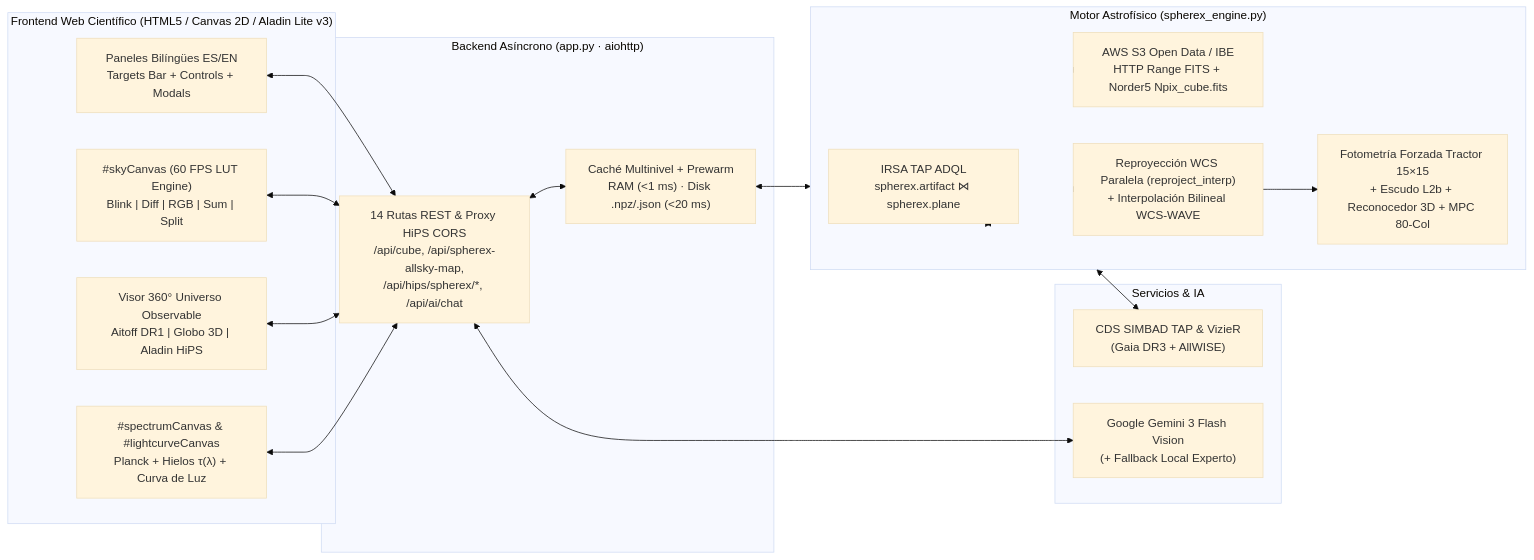
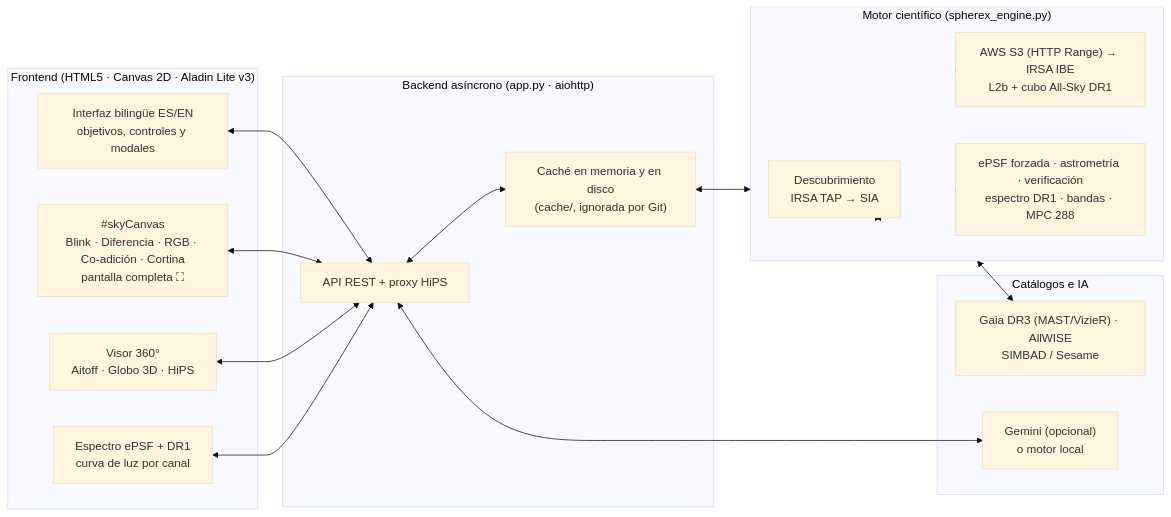
One commit to AleMigMR/NASA-SPACE-APPS-SPHEREX-ZULIA changed the diagram in README.md. Above: the diagram before and after it, drawn with Mermaid (base theme). The commit also changed other lines of this file and 5 other files, not shown here.

````diff
--- a/README.md
+++ b/README.md
@@ -34,38 +93,37 @@
 ```mermaid
 flowchart LR
-    subgraph Client["Frontend Web Científico (HTML5 / Canvas 2D / Aladin Lite v3)"]
-        UI["Paneles Bilíngües ES/EN<br/>Targets Bar + Controls + Modals"]
-        Canvas["#skyCanvas (60 FPS LUT Engine)<br/>Blink | Diff | RGB | Sum | Split"]
-        Universe["Visor 360° Universo Observable<br/>Aitoff DR1 | Globo 3D | Aladin HiPS"]
-        Spec["#spectrumCanvas &amp; #lightcurveCanvas<br/>Planck + Hielos τ(λ) + Curva de Luz"]
+    subgraph Client["Frontend (HTML5 · Canvas 2D · Aladin Lite v3)"]
+        UI["Interfaz bilingüe ES/EN<br/>objetivos, controles y modales"]
+        Canvas["#skyCanvas<br/>Blink · Diferencia · RGB · Co-adición · Cortina<br/>pantalla completa ⛶"]
+        Universe["Visor 360°<br/>Aitoff · Globo 3D · HiPS"]
+        Spec["Espectro ePSF + DR1<br/>curva de luz por canal"]
     end
 
-    subgraph Server["Backend Asíncrono (app.py · aiohttp)"]
-        API["14 Rutas REST &amp; Proxy HiPS CORS<br/>/api/cube, /api/spherex-allsky-map,<br/>/api/hips/spherex/*, /api/ai/chat"]
-        Cache["Caché Multinivel + Prewarm<br/>RAM (&lt;1 ms) · Disk .npz/.json (&lt;20 ms)"]
+    subgraph Server["Backend asíncrono (app.py · aiohttp)"]
+        API["API REST + proxy HiPS"]
+        Cache["Caché en memoria y en disco<br/>(cache/, ignorada por Git)"]
     end
 
-    subgraph Engine["Motor Astrofísico (spherex_engine.py)"]
-        TAP["IRSA TAP ADQL<br/>spherex.artifact ⋈ spherex.plane"]
-        S3["AWS S3 Open Data / IBE<br/>HTTP Range FITS + Norder5 Npix_cube.fits"]
-        WCS["Reproyección WCS Paralela (reproject_interp)<br/>+ Interpolación Bilineal WCS-WAVE"]
-        Phot["Fotometría Forzada Tractor 15×15<br/>+ Escudo L2b + Reconocedor 3D + MPC 80-Col"]
+    subgraph Engine["Motor científico (spherex_engine.py)"]
+        Disc["Descubrimiento<br/>IRSA TAP → SIA"]
+        S3["AWS S3 (HTTP Range) → IRSA IBE<br/>L2b + cubo All-Sky DR1"]
+        Phot["ePSF forzada · astrometría · verificación<br/>espectro DR1 · bandas · MPC 288"]
     end
 
-    subgraph External["Servicios &amp; IA"]
-        CDS["CDS SIMBAD TAP &amp; VizieR<br/>(Gaia DR3 + AllWISE)"]
-        Gemini["Google Gemini 3 Flash Vision<br/>(+ Fallback Local Experto)"]
+    subgraph External["Catálogos e IA"]
+        Cat["Gaia DR3 (MAST/VizieR) · AllWISE<br/>SIMBAD / Sesame"]
+        AI["Gemini (opcional)<br/>o motor local"]
     end
 
     UI <--> API
     Canvas <--> API
     Universe <--> API
     Spec <--> API
     API <--> Cache
     Cache <--> Engine
-    Engine <--> TAP
+    Engine <--> Disc
     Engine <--> S3
-    Engine --> WCS --> Phot
-    Engine <--> CDS
-    API <--> Gemini
+    Engine --> Phot
+    Engine <--> Cat
+    API <--> AI
 ```
````
